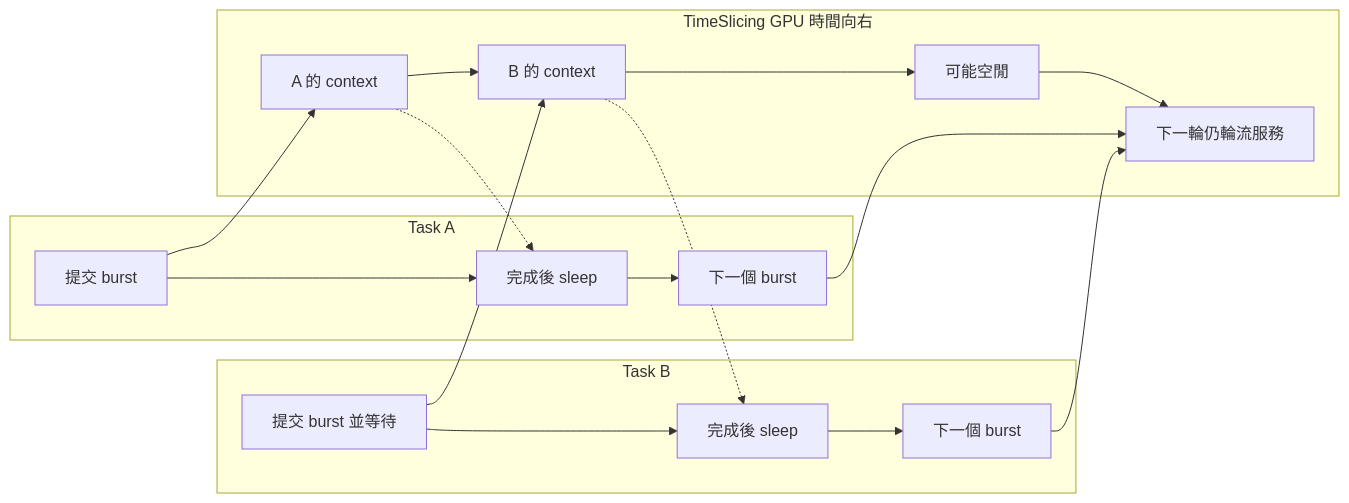
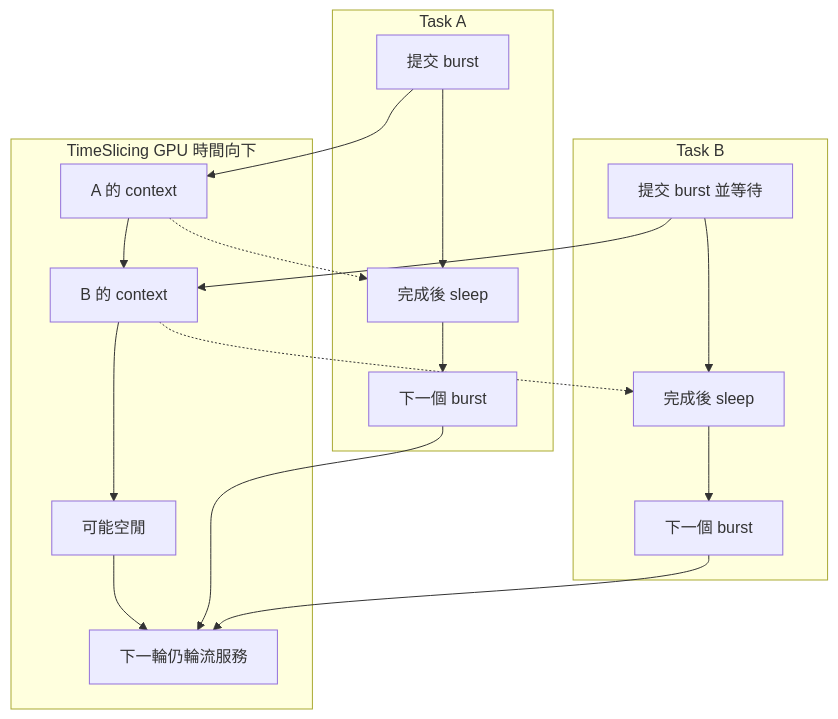
One commit to Daniel77871/dra-gpu-sharing-in-practice changed the second of 5 diagrams in book/05-performance/README.md. Above: the diagram before and after it, drawn with Mermaid. The commit also changed other lines of this file and 15 other files, not shown here.

First line of the commit message:
Fit wide Mermaid diagrams to the GitHub page width

````diff
--- a/book/05-performance/README.md
+++ b/book/05-performance/README.md
@@ -38,18 +38,18 @@
 ```mermaid
-flowchart LR
+flowchart TB
   subgraph TA["Task A"]
     A1["提交 burst"] --> A2["完成後 sleep"] --> A3["下一個 burst"]
   end
   subgraph TB["Task B"]
     B1["提交 burst 並等待"] --> B2["完成後 sleep"] --> B3["下一個 burst"]
   end
-  subgraph TG["TimeSlicing GPU 時間向右"]
+  subgraph TG["TimeSlicing GPU 時間向下"]
     G1["A 的 context"] --> G2["B 的 context"] --> G3["可能空閒"] --> G4["下一輪仍輪流服務"]
   end
   A1 --> G1
   B1 --> G2
   G1 -.-> A2
   G2 -.-> B2
   A3 --> G4
   B3 --> G4
 ```
````
